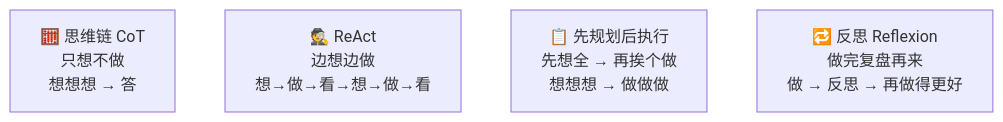
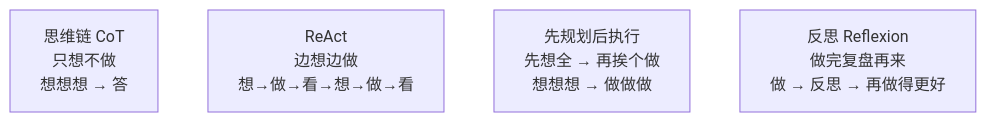
The fourth of 6 diagrams in docs/02_CONCEPTS_概念入门/CONCEPT/[CONCEPT-19] 什么是ReAct-智能体推理模式.md (luckykhy/KhyAiHub), drawn with Mermaid before and after one commit. The commit also changed other lines of this file and 19 other files, not shown here.

````diff
--- a/docs/02_CONCEPTS_概念入门/CONCEPT/[CONCEPT-19] 什么是ReAct-智能体推理模式.md
+++ b/docs/02_CONCEPTS_概念入门/CONCEPT/[CONCEPT-19] 什么是ReAct-智能体推理模式.md
@@ -127,7 +127,7 @@
 ```mermaid
 flowchart TB
-  COT["🧮 思维链 CoT<br/>只想不做<br/>想想想 → 答"]
-  REACT["🕵️ ReAct<br/>边想边做<br/>想→做→看→想→做→看"]
-  PLAN["📋 先规划后执行<br/>先想全 → 再挨个做<br/>想想想 → 做做做"]
-  REFLEX["🔁 反思 Reflexion<br/>做完复盘再来<br/>做 → 反思 → 再做得更好"]
+  COT["思维链 CoT<br/>只想不做<br/>想想想 → 答"]
+  REACT["ReAct<br/>边想边做<br/>想→做→看→想→做→看"]
+  PLAN["先规划后执行<br/>先想全 → 再挨个做<br/>想想想 → 做做做"]
+  REFLEX["反思 Reflexion<br/>做完复盘再来<br/>做 → 反思 → 再做得更好"]
 ```
````
